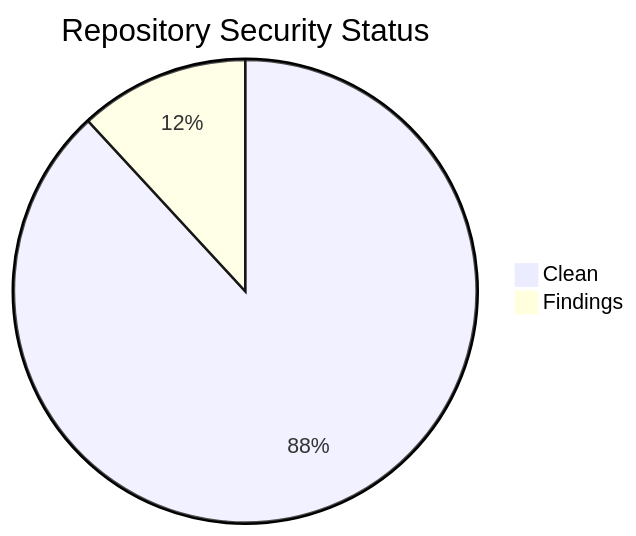
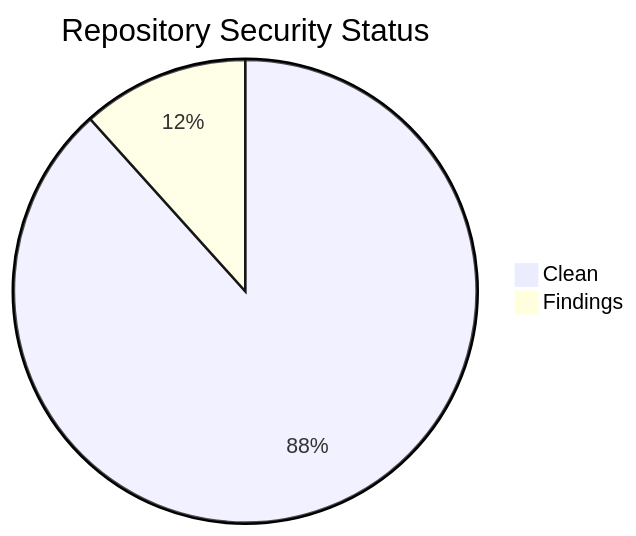
One commit to icepaule/icepaule.github.io changed the second of 2 diagrams in projects/status.md. Above: the diagram before and after it, drawn with Mermaid. The commit also changed other lines of this file and 53 other files, not shown here.

````diff
--- a/projects/status.md
+++ b/projects/status.md
@@ -122,5 +123,5 @@
 ```mermaid
 pie title Repository Security Status
-    "Clean" : 52
+    "Clean" : 53
     "Findings" : 7
 ```
````
